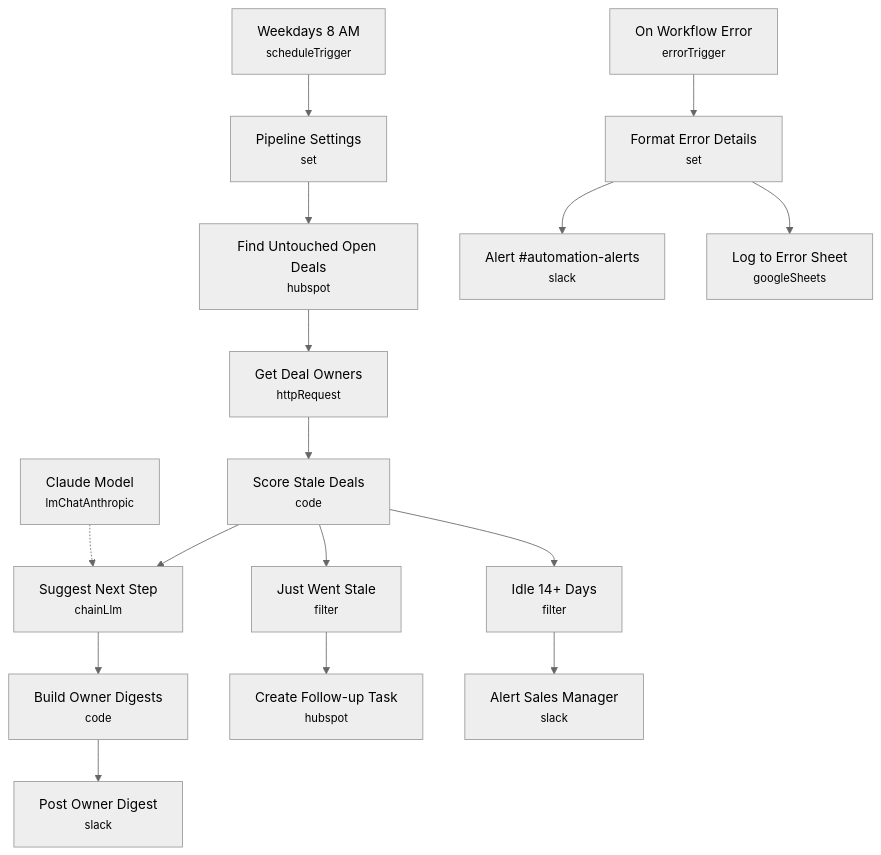
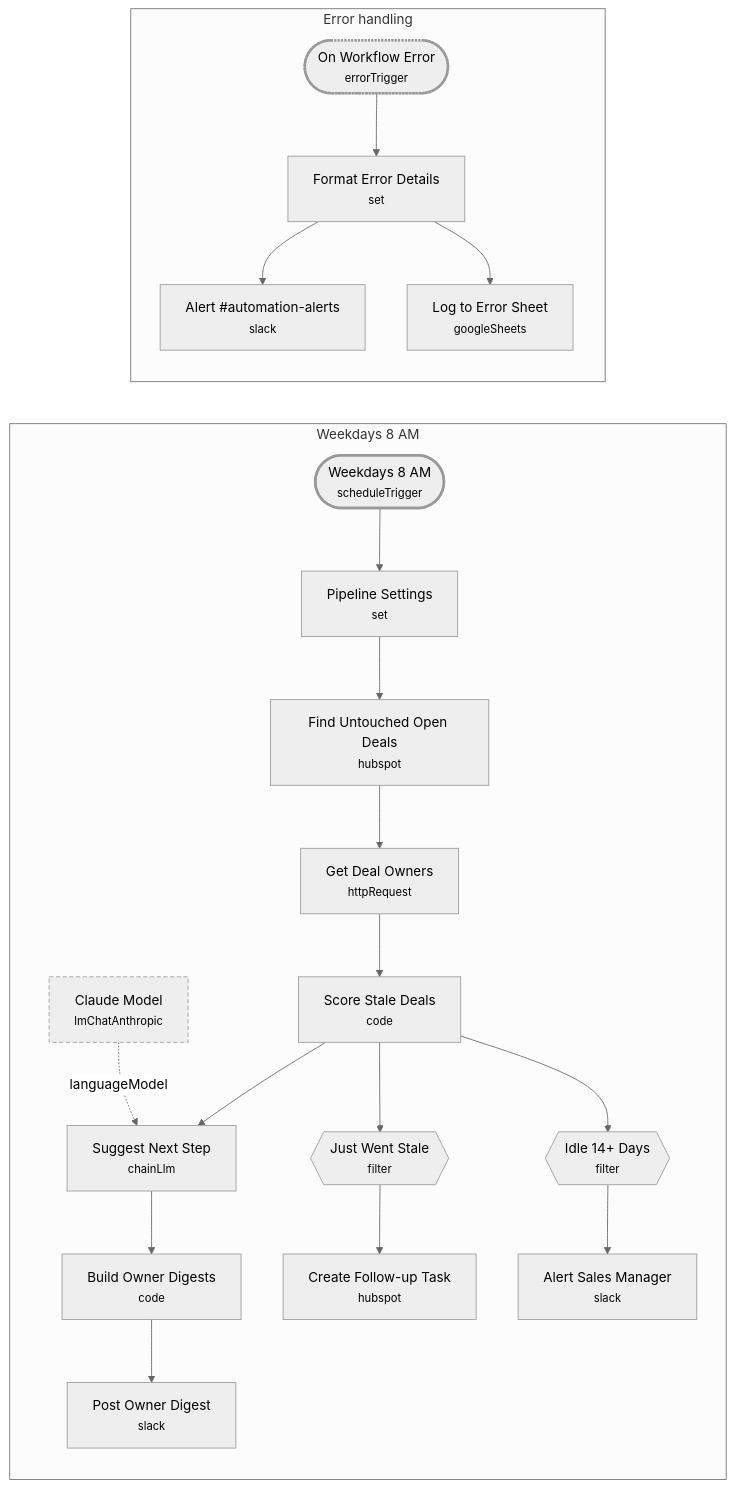
One commit to Redsf/n8n-workflows changed the diagram in stale_deal_reminder/README.md. Above: the diagram before and after it, drawn with Mermaid (neutral theme). The commit also changed other lines of this file and 6 other files, not shown here.

Commit message:
docs: regenerate architecture diagrams with repo generator

````diff
--- a/stale_deal_reminder/README.md
+++ b/stale_deal_reminder/README.md
@@ -38,35 +38,47 @@
 ```mermaid
-flowchart TD
-    N0["Weekdays 8 AM<br/><small>scheduleTrigger</small>"]
-    N1["Pipeline Settings<br/><small>set</small>"]
-    N2["Find Untouched Open Deals<br/><small>hubspot</small>"]
-    N3["Get Deal Owners<br/><small>httpRequest</small>"]
-    N4["Score Stale Deals<br/><small>code</small>"]
-    N5["Suggest Next Step<br/><small>chainLlm</small>"]
-    N6["Claude Model<br/><small>lmChatAnthropic</small>"]
-    N7["Build Owner Digests<br/><small>code</small>"]
-    N8["Post Owner Digest<br/><small>slack</small>"]
-    N9["Just Went Stale<br/><small>filter</small>"]
-    N10["Create Follow-up Task<br/><small>hubspot</small>"]
-    N11["Idle 14+ Days<br/><small>filter</small>"]
-    N12["Alert Sales Manager<br/><small>slack</small>"]
-    N13["On Workflow Error<br/><small>errorTrigger</small>"]
-    N14["Format Error Details<br/><small>set</small>"]
-    N15["Alert #automation-alerts<br/><small>slack</small>"]
-    N16["Log to Error Sheet<br/><small>googleSheets</small>"]
+flowchart LR
+    subgraph G0 ["Weekdays 8 AM"]
+        N0(["Weekdays 8 AM<br/><small>scheduleTrigger</small>"])
+        N1["Pipeline Settings<br/><small>set</small>"]
+        N2["Find Untouched Open Deals<br/><small>hubspot</small>"]
+        N3["Get Deal Owners<br/><small>httpRequest</small>"]
+        N4["Score Stale Deals<br/><small>code</small>"]
+        N5["Suggest Next Step<br/><small>chainLlm</small>"]
+        N6["Claude Model<br/><small>lmChatAnthropic</small>"]
+        N7["Build Owner Digests<br/><small>code</small>"]
+        N8["Post Owner Digest<br/><small>slack</small>"]
+        N9{{"Just Went Stale<br/><small>filter</small>"}}
+        N10["Create Follow-up Task<br/><small>hubspot</small>"]
+        N11{{"Idle 14+ Days<br/><small>filter</small>"}}
+        N12["Alert Sales Manager<br/><small>slack</small>"]
+    end
+    subgraph G1 ["Error handling"]
+        N13(["On Workflow Error<br/><small>errorTrigger</small>"])
+        N14["Format Error Details<br/><small>set</small>"]
+        N15["Alert #automation-alerts<br/><small>slack</small>"]
+        N16["Log to Error Sheet<br/><small>googleSheets</small>"]
+    end
     N0 --> N1
     N1 --> N2
     N2 --> N3
     N3 --> N4
     N4 --> N5
     N4 --> N9
     N4 --> N11
     N5 --> N7
-    N6 -.-> N5
     N7 --> N8
     N9 --> N10
     N11 --> N12
     N13 --> N14
     N14 --> N15
     N14 --> N16
+    N6 -.languageModel.-> N5
+
+    class N0 trigger
+    class N13 errorPath
+    class N6 aiSubnode
+    classDef trigger stroke-width:3px
+    classDef aiSubnode stroke-dasharray:5 3
+    classDef errorPath stroke-width:3px,stroke-dasharray:2 2
+    classDef disabled stroke-dasharray:1 4,opacity:0.45
 ```
````
